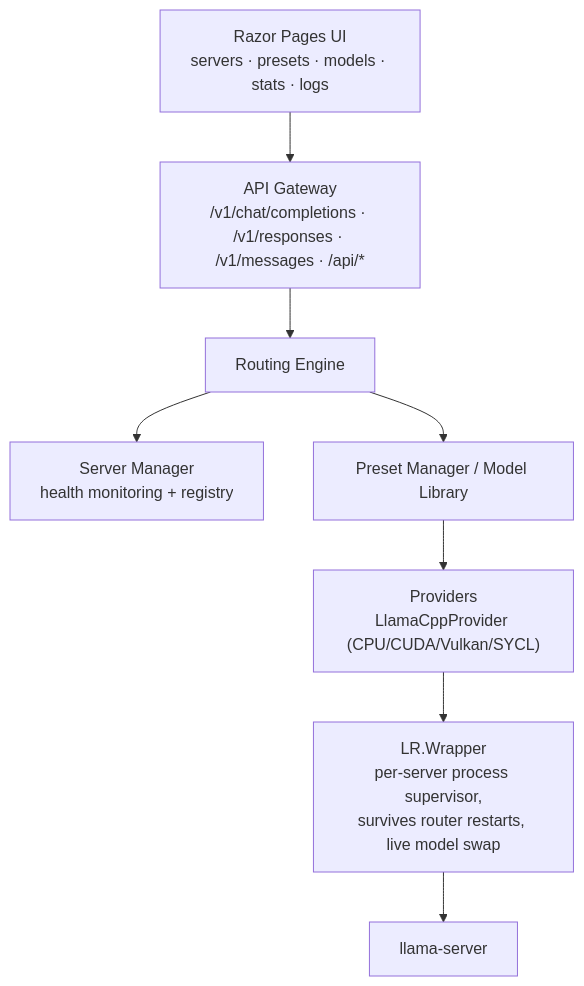
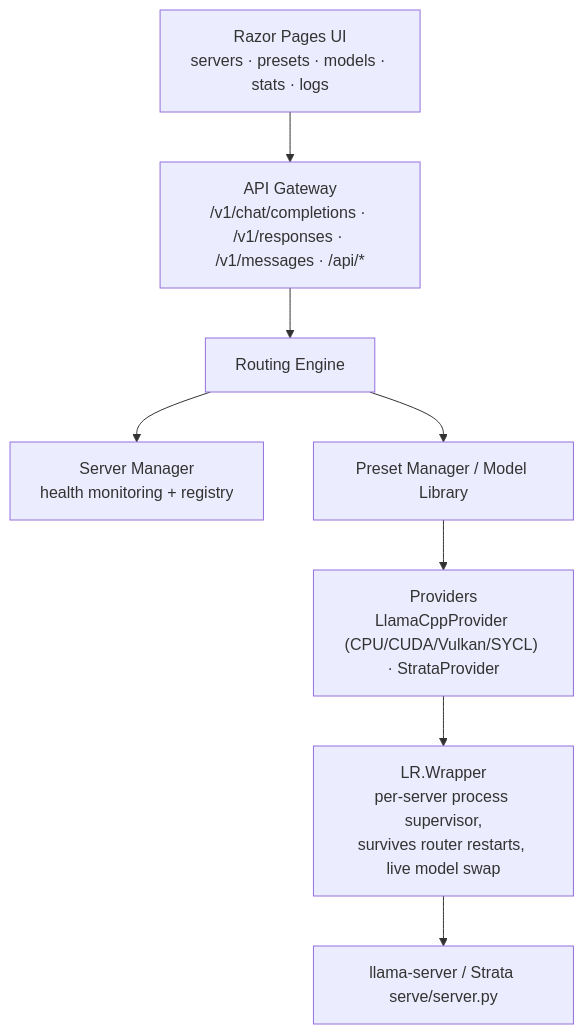
One commit to sockless-coding/llm-router changed the diagram in README.md. Above: the diagram before and after it, drawn with Mermaid. The commit also changed other lines of this file and 64 other files, not shown here.

````diff
--- a/README.md
+++ b/README.md
@@ -33,19 +33,19 @@
 ```mermaid
 flowchart TB
     UI["Razor Pages UI<br/>servers · presets · models · stats · logs"]
     Gateway["API Gateway<br/>/v1/chat/completions · /v1/responses · /v1/messages · /api/*"]
     Routing["Routing Engine"]
     ServerMgr["Server Manager<br/>health monitoring + registry"]
     PresetMgr["Preset Manager / Model Library"]
-    Providers["Providers<br/>LlamaCppProvider (CPU/CUDA/Vulkan/SYCL)"]
+    Providers["Providers<br/>LlamaCppProvider (CPU/CUDA/Vulkan/SYCL) · StrataProvider"]
     Wrapper["LR.Wrapper<br/>per-server process supervisor,<br/>survives router restarts, live model swap"]
-    Backend["llama-server"]
+    Backend["llama-server / Strata serve/server.py"]
 
     UI --> Gateway
     Gateway --> Routing
     Routing --> ServerMgr
     Routing --> PresetMgr
     PresetMgr --> Providers
     Providers --> Wrapper
     Wrapper --> Backend
 ```
````
